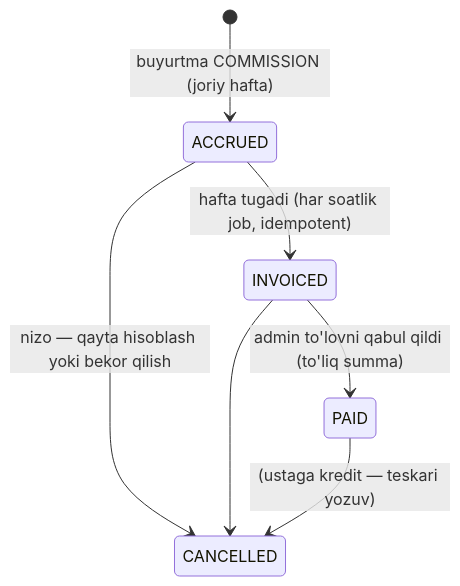
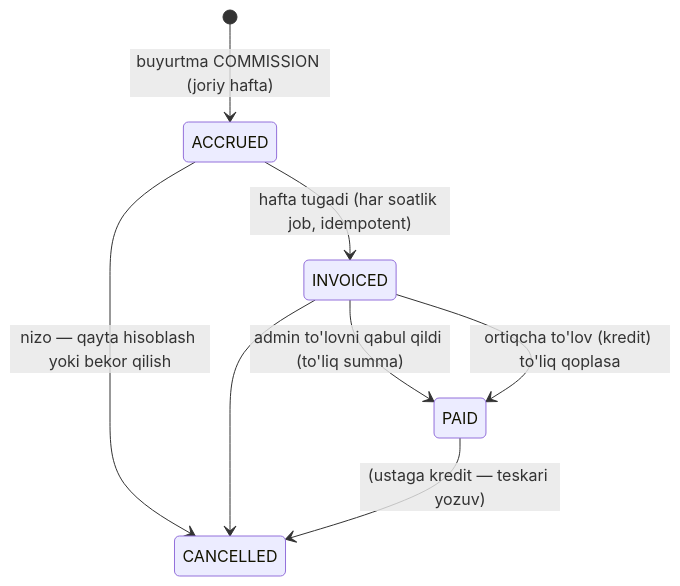
The seventh of 7 diagrams in docs/architecture.md (Shakhriyor11/usta-platform), drawn with Mermaid before and after one commit. The commit also changed other lines of this file and 258 other files, not shown here.

````diff
--- a/docs/architecture.md
+++ b/docs/architecture.md
@@ -306,9 +367,10 @@
 ```mermaid
 stateDiagram-v2
     [*] --> ACCRUED : buyurtma COMMISSION (joriy hafta)
     ACCRUED --> INVOICED : hafta tugadi (har soatlik job, idempotent)
     INVOICED --> PAID : admin to'lovni qabul qildi (to'liq summa)
     ACCRUED --> CANCELLED : nizo — qayta hisoblash yoki bekor qilish
     INVOICED --> CANCELLED
     PAID --> CANCELLED : (ustaga kredit — teskari yozuv)
+    INVOICED --> PAID : ortiqcha to'lov (kredit) to'liq qoplasa
 ```
````
